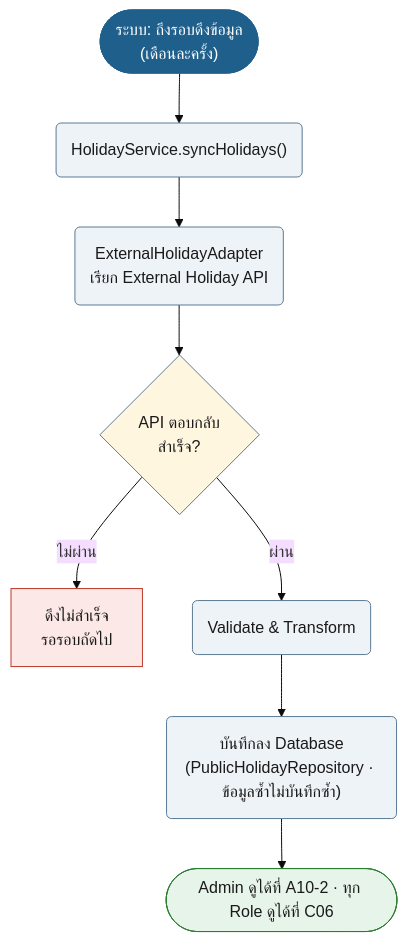
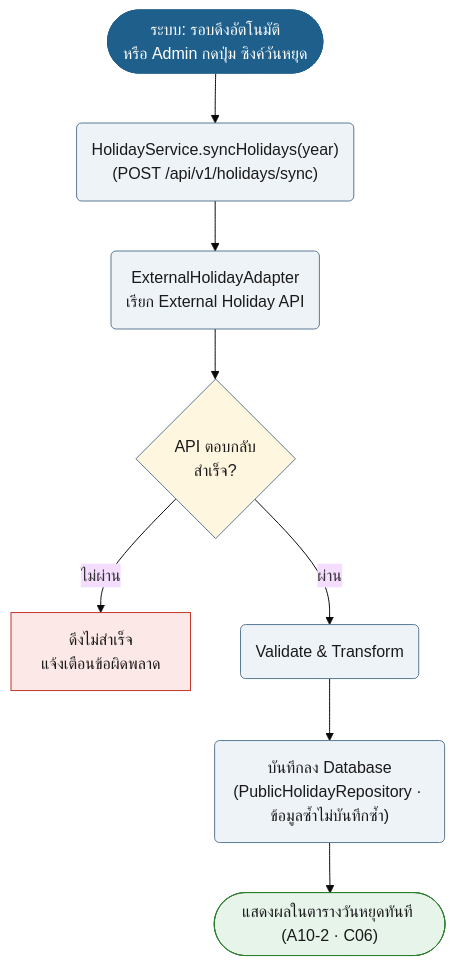
Before and after one commit to synthesixer/AcadOS: diagram 40 of 49 in doc/diagram/Userflow_diagram.md, drawn with Mermaid (base theme). The commit also changed other lines of this file and 30 other files, not shown here.

````diff
--- a/doc/diagram/Userflow_diagram.md
+++ b/doc/diagram/Userflow_diagram.md
@@ -1351,24 +1340,24 @@
 ```mermaid
 flowchart TD
-    n1(["ระบบ: ถึงรอบดึงข้อมูล<br/>(เดือนละครั้ง)"]):::start
-    n2("HolidayService.syncHolidays()"):::act
+    n1(["ระบบ: รอบดึงอัตโนมัติ<br/>หรือ Admin กดปุ่ม ซิงค์วันหยุด"]):::start
+    n2("HolidayService.syncHolidays(year)<br/>(POST /api/v1/holidays/sync)"):::act
     n3("ExternalHolidayAdapter<br/>เรียก External Holiday API"):::act
     n1 --> n2
     n2 --> n3
     n4{"API ตอบกลับ<br/>สำเร็จ?"}:::dec
     n3 --> n4
-    n5["ดึงไม่สำเร็จ<br/>รอรอบถัดไป"]:::bad
+    n5["ดึงไม่สำเร็จ<br/>แจ้งเตือนข้อผิดพลาด"]:::bad
     n4 -->|ไม่ผ่าน| n5
     n6("Validate & Transform"):::act
     n4 -->|ผ่าน| n6
     n7("บันทึกลง Database<br/>(PublicHolidayRepository · ข้อมูลซ้ำไม่บันทึกซ้ำ)"):::act
     n6 --> n7
-    n8(["Admin ดูได้ที่ A10-2 · ทุก Role ดูได้ที่ C06"]):::ok
+    n8(["แสดงผลในตารางวันหยุดทันที (A10-2 · C06)"]):::ok
     n7 --> n8
     classDef start fill:#1F5F8B,stroke:#1F5F8B,color:#fff
     classDef act fill:#EEF3F8,stroke:#5B7A94,color:#1a1a1a
     classDef dec fill:#FFF6E0,stroke:#5B7A94,color:#1a1a1a
     classDef bad fill:#FCE8E6,stroke:#C0392B,color:#1a1a1a
     classDef ok fill:#E6F4EA,stroke:#2E7D32,color:#1a1a1a
     classDef note fill:#F4F4F4,stroke:#999,color:#1a1a1a
 ```
````
